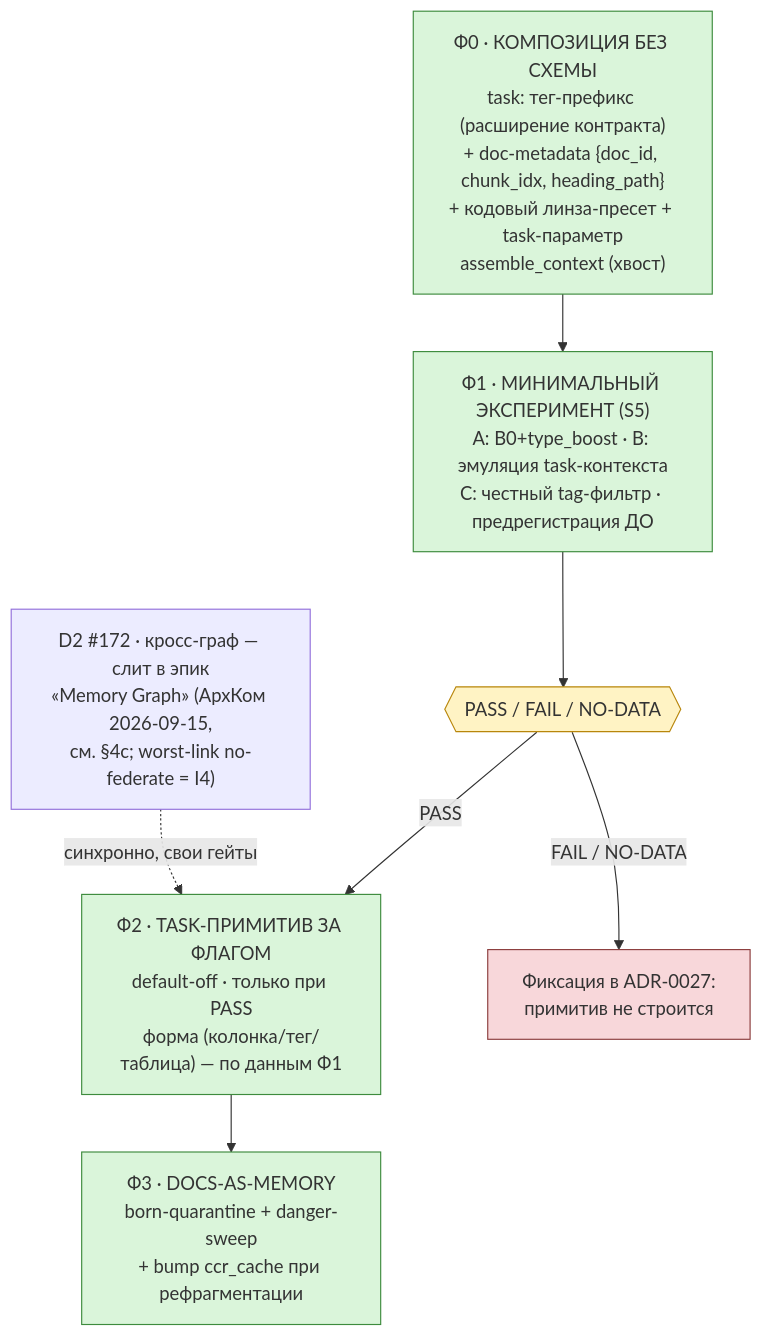
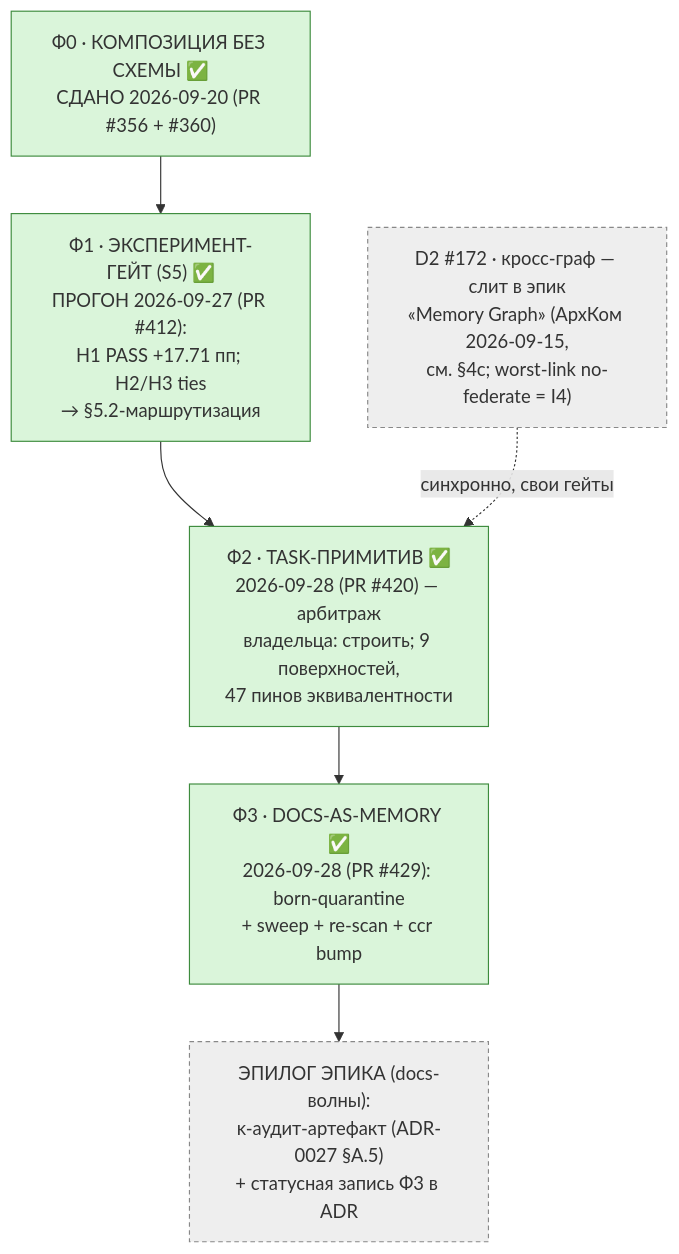
The third of 5 diagrams in docs/project/dev-plan.md (vesmaro/vesma), drawn with Mermaid before and after one commit. The commit also changed other lines of this file, not shown here.

````diff
--- a/docs/project/dev-plan.md
+++ b/docs/project/dev-plan.md
@@ -466,20 +467,16 @@
 ```mermaid
 flowchart TD
-    F0["Ф0 · КОМПОЗИЦИЯ БЕЗ СХЕМЫ<br/>task: тег-префикс (расширение контракта)<br/>+ doc-metadata {doc_id, chunk_idx, heading_path}<br/>+ кодовый линза-пресет + task-параметр<br/>assemble_context (хвост)"]
-    F1["Ф1 · МИНИМАЛЬНЫЙ ЭКСПЕРИМЕНТ (S5)<br/>A: B0+type_boost · B: эмуляция task-контекста<br/>C: честный tag-фильтр · предрегистрация ДО"]
-    F2["Ф2 · TASK-ПРИМИТИВ ЗА ФЛАГОМ<br/>default-off · только при PASS<br/>форма (колонка/тег/таблица) — по данным Ф1"]
-    F3["Ф3 · DOCS-AS-MEMORY<br/>born-quarantine + danger-sweep<br/>+ bump ccr_cache при рефрагментации"]
+    F0["Ф0 · КОМПОЗИЦИЯ БЕЗ СХЕМЫ ✅<br/>СДАНО 2026-09-20 (PR #356 + #360)"]
+    F1["Ф1 · ЭКСПЕРИМЕНТ-ГЕЙТ (S5) ✅<br/>ПРОГОН 2026-09-27 (PR #412):<br/>H1 PASS +17.71 пп; H2/H3 ties<br/>→ §5.2-маршрутизация"]
+    F2["Ф2 · TASK-ПРИМИТИВ ✅<br/>2026-09-28 (PR #420) — арбитраж<br/>владельца: строить; 9 поверхностей,<br/>47 пинов эквивалентности"]
+    F3["Ф3 · DOCS-AS-MEMORY ✅<br/>2026-09-28 (PR #429): born-quarantine<br/>+ sweep + re-scan + ccr bump"]
     D2["D2 #172 · кросс-граф — слит в эпик<br/>«Memory Graph» (АрхКом 2026-09-15,<br/>см. §4c; worst-link no-federate = I4)"]
-    GATE{{"PASS / FAIL / NO-DATA"}}
-    XF["Фиксация в ADR-0027:<br/>примитив не строится"]
-    F0 --> F1 --> GATE
-    GATE -- PASS --> F2 --> F3
-    GATE -- "FAIL / NO-DATA" --> XF
+    EPIL["ЭПИЛОГ ЭПИКА (docs-волны):<br/>κ-аудит-артефакт (ADR-0027 §A.5)<br/>+ статусная запись Ф3 в ADR"]
+    F0 --> F1 --> F2 --> F3 --> EPIL
     D2 -. синхронно, свои гейты .-> F2
-    classDef phase fill:#daf5da,stroke:#3d8b3d
-    classDef gate fill:#fff3c4,stroke:#b8860b
-    classDef stop fill:#f8d7da,stroke:#8b3d3d
-    class F0,F1,F2,F3 phase
-    class GATE gate
-    class XF stop
+    classDef done fill:#daf5da,stroke:#3d8b3d
+    classDef side fill:#eeeeee,stroke:#888888,stroke-dasharray: 4 3
+    class F0,F1,F2,F3 done
+    class D2 side
+    class EPIL side
 ```
````
